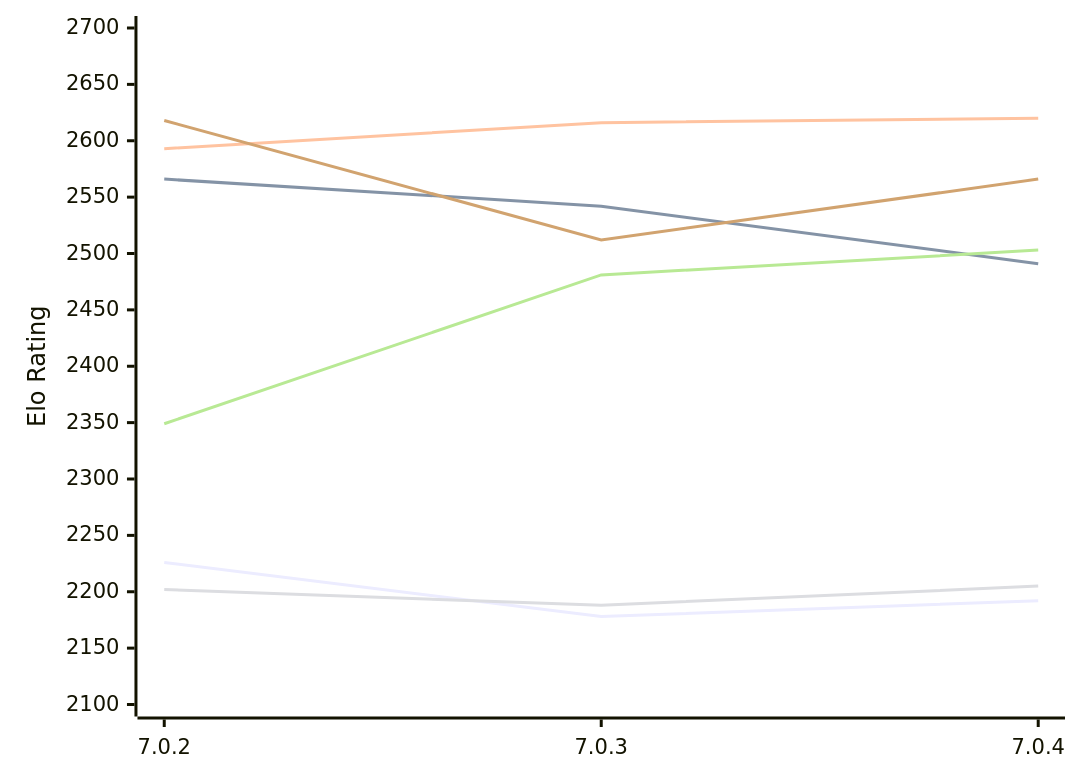
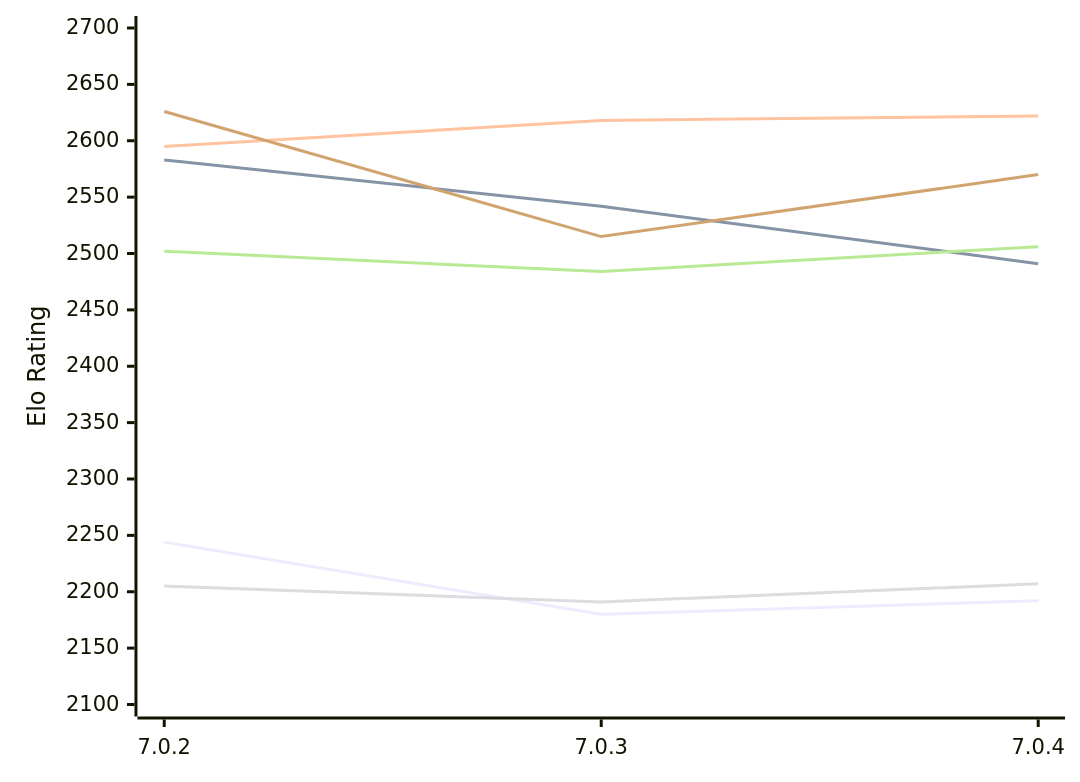
Before and after one commit to computer-chess-index/cci: the diagram in engines/Buster.md, drawn with Mermaid. The commit also changed other lines of this file, not shown here.

Commit message:
Update CCI Ratings (ELO VLTC) - 2026-11-24

````diff
--- a/engines/Buster.md
+++ b/engines/Buster.md
@@ -51,12 +51,12 @@
 ```mermaid
 %%{init: {"theme":"base","themeVariables":{"seriesColors:['#a3a3a3','#222221','#faa371']}}}%%
 xychart-beta
   x-axis ["7.0.2", "7.0.3", "7.0.4"]
   y-axis "Elo Rating" 2100 --> 2700
-  line "E1: STC (8.0+0.08s)" [2226, 2178, 2192]
-  line "E1: LTC (60.0+0.60s)" [2566, 2542, 2491]
-  line "E1: VLTC (2m24s+1.12s)" [2593, 2616, 2620]
-  line "P1: STC (8.0+0.08s)" [2202, 2188, 2205]
-  line "P1: LTC (60.0+0.60s)" [2349, 2481, 2503]
-  line "P1: VLTC (2m24s+1.12s)" [2618, 2512, 2566]
+  line "E1: STC (8.0+0.08s)" [2244, 2180, 2192]
+  line "E1: LTC (60.0+0.60s)" [2583, 2542, 2491]
+  line "E1: VLTC (2m24s+1.12s)" [2595, 2618, 2622]
+  line "P1: STC (8.0+0.08s)" [2205, 2191, 2207]
+  line "P1: LTC (60.0+0.60s)" [2502, 2484, 2506]
+  line "P1: VLTC (2m24s+1.12s)" [2626, 2515, 2570]
 ```
````
